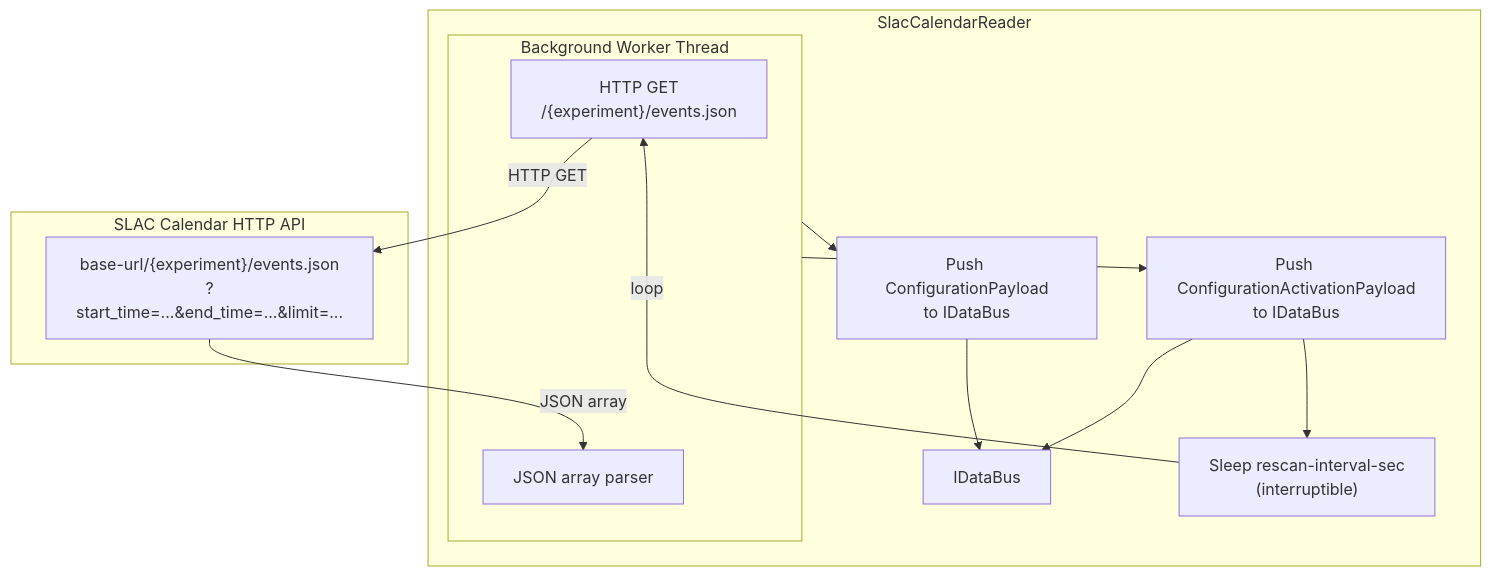
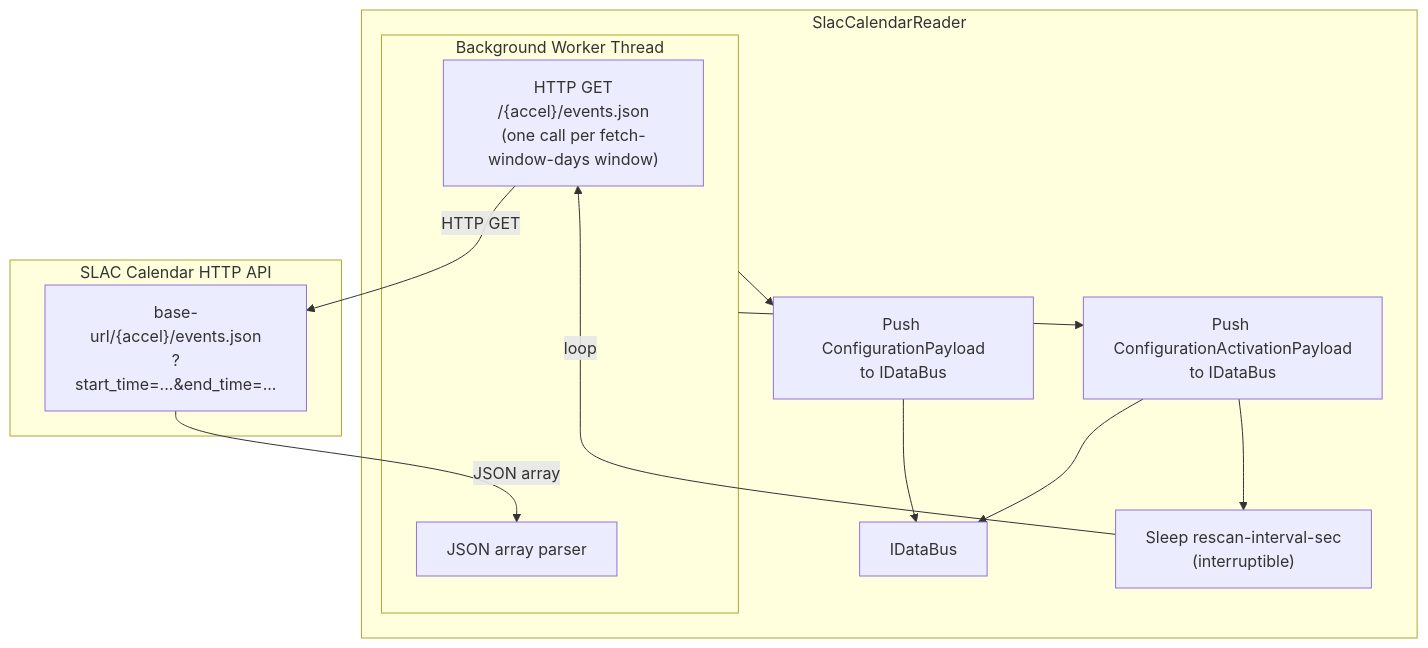
One commit to slaclab/mldp-pvxs-driver changed the diagram in docs/readers/slac-calendar-reader.md. Above: the diagram before and after it, drawn with Mermaid. The commit also changed other lines of this file and 121 other files, not shown here.

````diff
--- a/docs/readers/slac-calendar-reader.md
+++ b/docs/readers/slac-calendar-reader.md
@@ -27,24 +27,24 @@
 ```mermaid
 flowchart TB
     subgraph SlacCalendarReader["SlacCalendarReader"]
         subgraph Worker["Background Worker Thread"]
-            Fetch["HTTP GET\n/{experiment}/events.json"]
+            Fetch["HTTP GET\n/{accel}/events.json\n(one call per fetch-window-days window)"]
             Parse["JSON array parser"]
         end
 
         Worker --> PushCfg["Push ConfigurationPayload\nto IDataBus"]
         Worker --> PushAct["Push ConfigurationActivationPayload\nto IDataBus"]
         PushCfg --> Bus["IDataBus"]
         PushAct --> Bus
 
         PushAct --> Wait["Sleep rescan-interval-sec\n(interruptible)"]
         Wait -->|loop| Fetch
     end
 
     subgraph API["SLAC Calendar HTTP API"]
-        Endpoint["base-url/{experiment}/events.json\n?start_time=...&end_time=...&limit=..."]
+        Endpoint["base-url/{accel}/events.json\n?start_time=...&end_time=..."]
     end
 
     Fetch -->|HTTP GET| Endpoint
     Endpoint -->|JSON array| Parse
 ```
````
